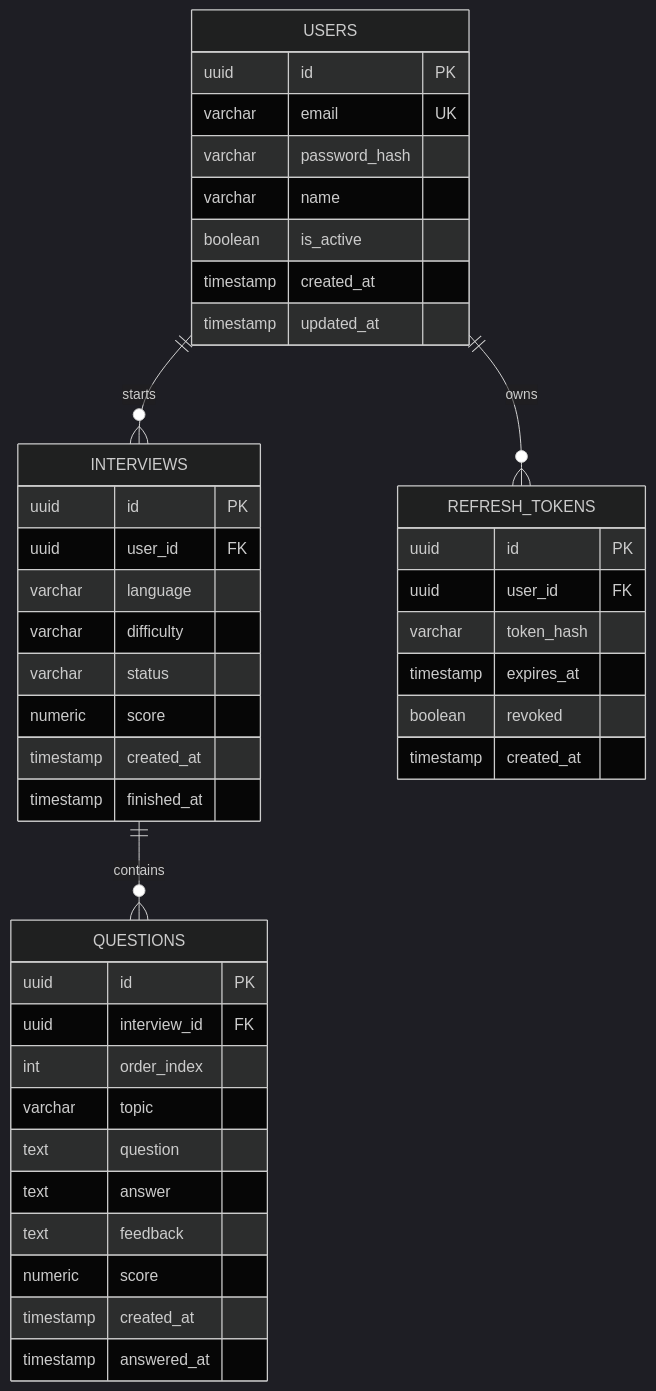
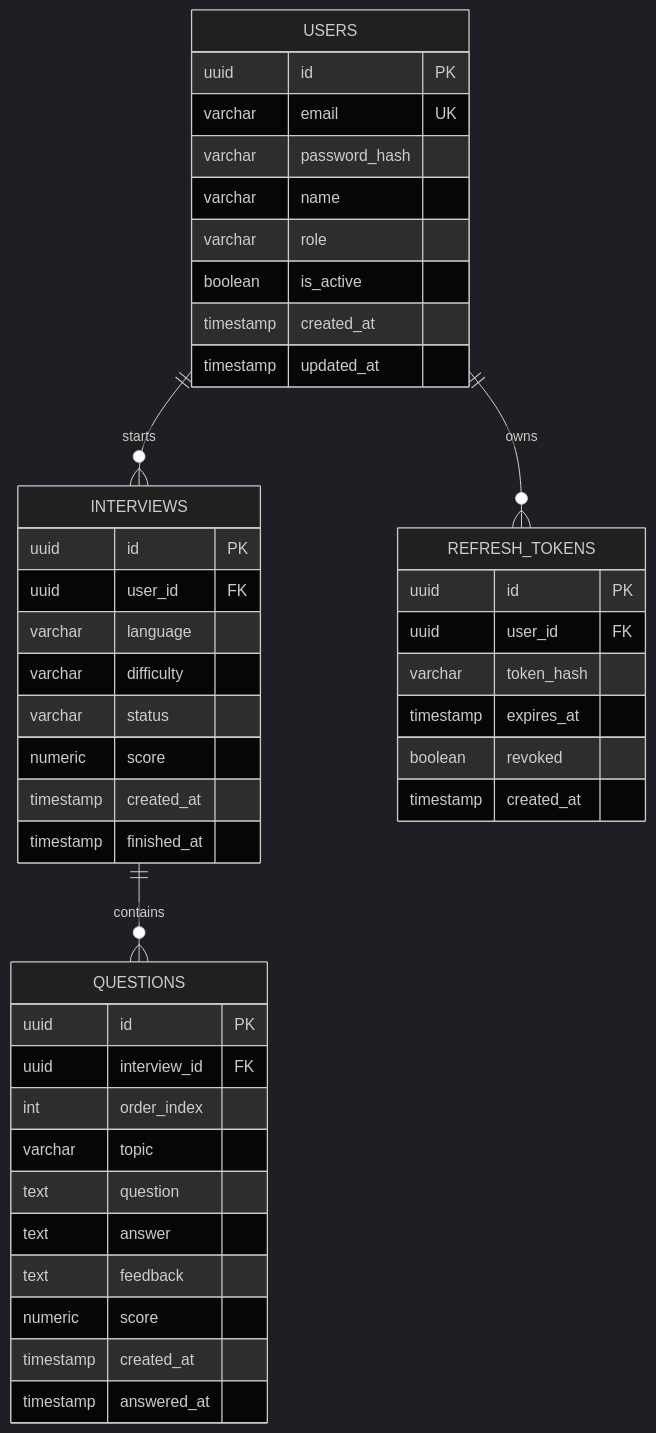
One commit to edigeRr/skillforge-ai changed the diagram in docs/database.md. Above: the diagram before and after it, drawn with Mermaid (dark theme). The commit also changed other lines of this file, not shown here.

Commit message:
Add the role column to the database docs

````diff
--- a/docs/database.md
+++ b/docs/database.md
@@ -5,46 +5,47 @@
 ```mermaid
 erDiagram
     USERS ||--o{ INTERVIEWS : starts
     USERS ||--o{ REFRESH_TOKENS : owns
     INTERVIEWS ||--o{ QUESTIONS : contains
 
     USERS {
         uuid id PK
         varchar email UK
         varchar password_hash
         varchar name
+        varchar role
         boolean is_active
         timestamp created_at
         timestamp updated_at
     }
     REFRESH_TOKENS {
         uuid id PK
         uuid user_id FK
         varchar token_hash
         timestamp expires_at
         boolean revoked
         timestamp created_at
     }
     INTERVIEWS {
         uuid id PK
         uuid user_id FK
         varchar language
         varchar difficulty
         varchar status
         numeric score
         timestamp created_at
         timestamp finished_at
     }
     QUESTIONS {
         uuid id PK
         uuid interview_id FK
         int order_index
         varchar topic
         text question
         text answer
         text feedback
         numeric score
         timestamp created_at
         timestamp answered_at
     }
 ```
````
